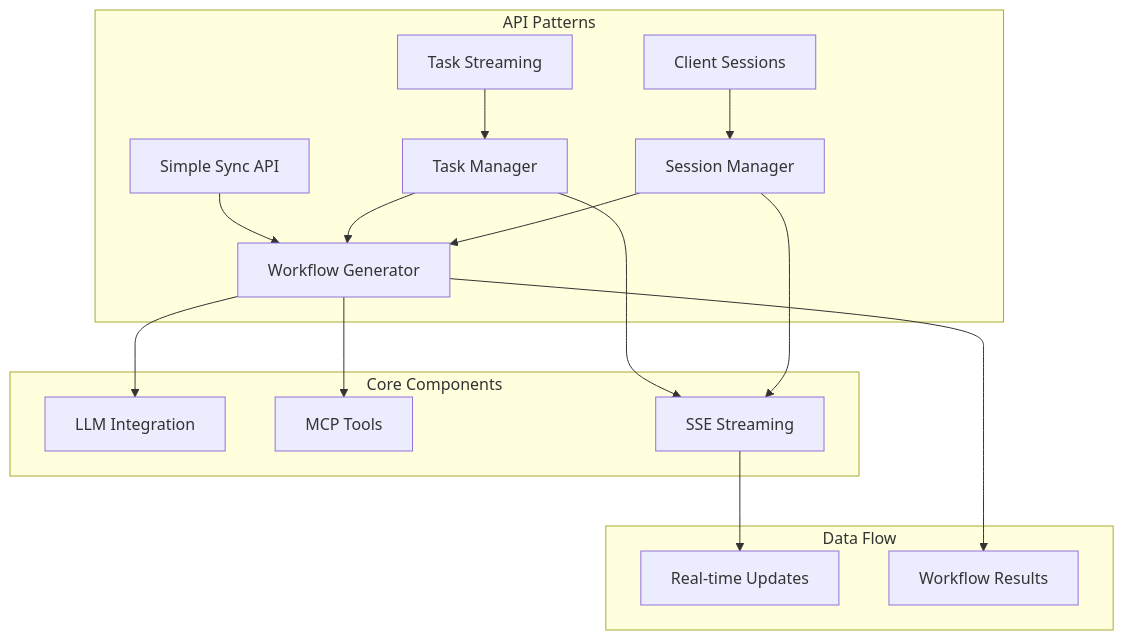
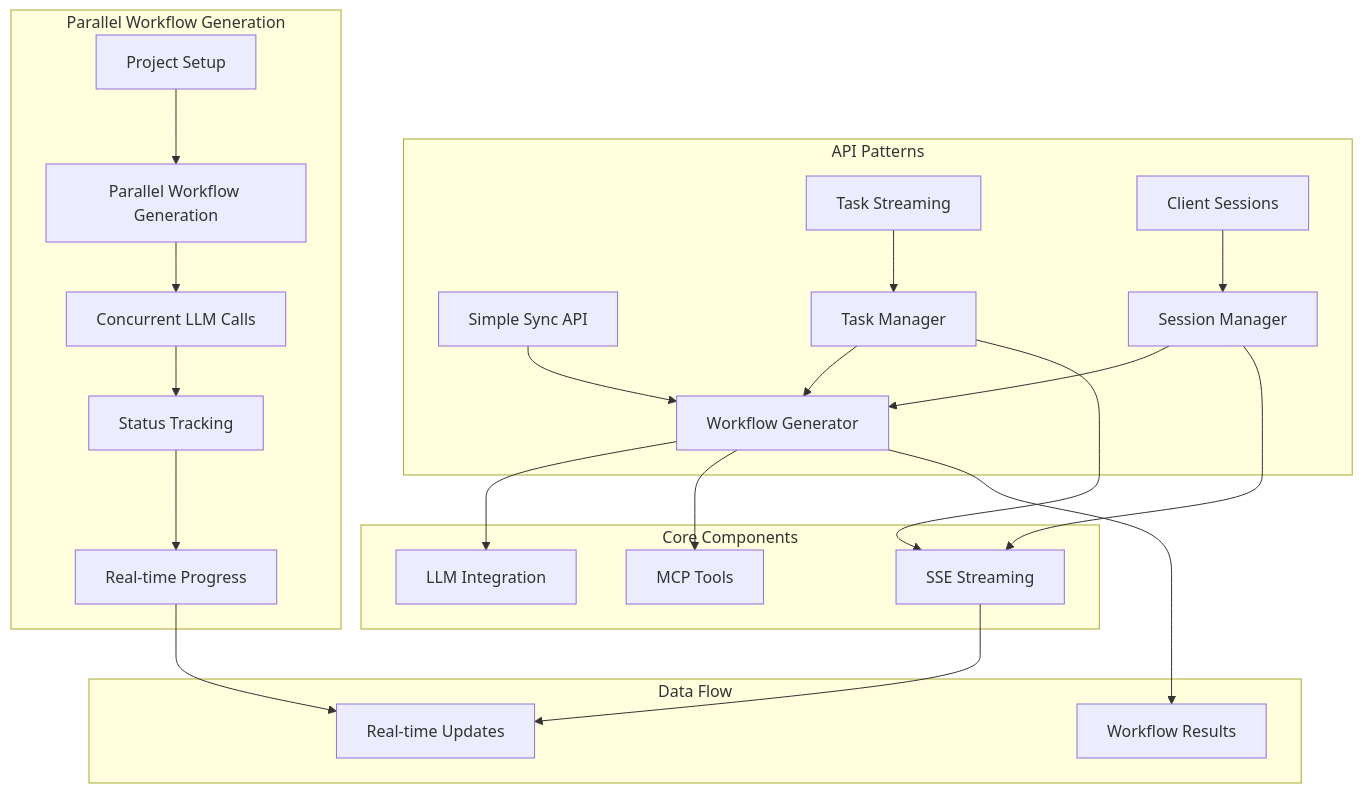
Before and after one commit to EvoAgentX/EvoAgentX: the diagram in server/README.md, drawn with Mermaid. The commit also changed other lines of this file and 7 other files, not shown here.

Commit message:
add setup in parallel

````diff
--- a/server/README.md
+++ b/server/README.md
@@ -30,20 +31,28 @@
 ```mermaid
 graph TB
     subgraph "API Patterns"
         A[Simple Sync API] --> D[Workflow Generator]
         B[Task Streaming] --> E[Task Manager] --> D
         C[Client Sessions] --> F[Session Manager] --> D
     end
     
     subgraph "Core Components"
         D --> G[LLM Integration]
         D --> H[MCP Tools]
         E --> I[SSE Streaming]
         F --> I
     end
     
+    subgraph "Parallel Workflow Generation"
+        L[Project Setup] --> M[Parallel Workflow Generation]
+        M --> N[Concurrent LLM Calls]
+        N --> O[Status Tracking]
+        O --> P[Real-time Progress]
+    end
+    
     subgraph "Data Flow"
         I --> J[Real-time Updates]
         D --> K[Workflow Results]
+        P --> J
     end
 ```
````
